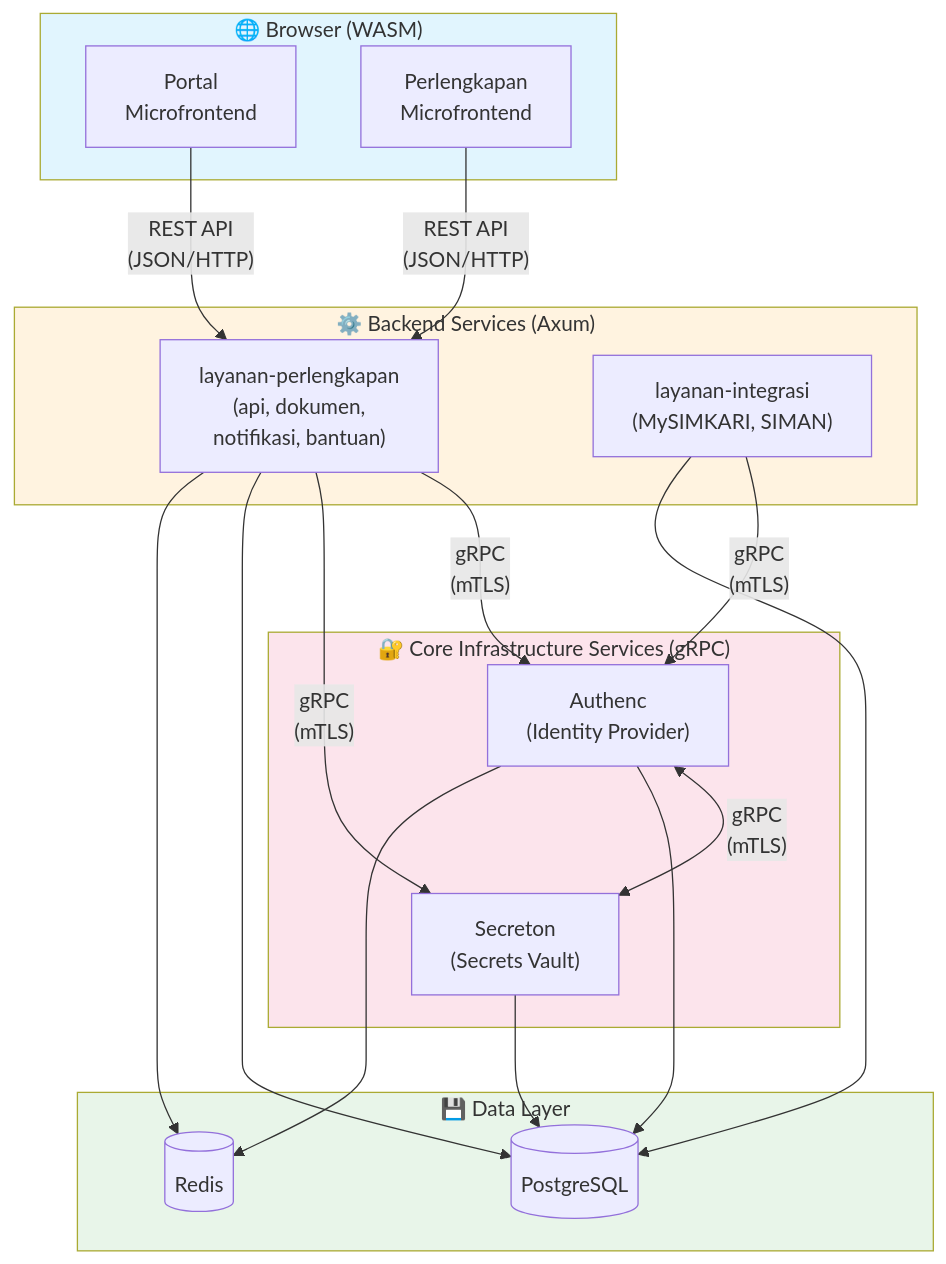
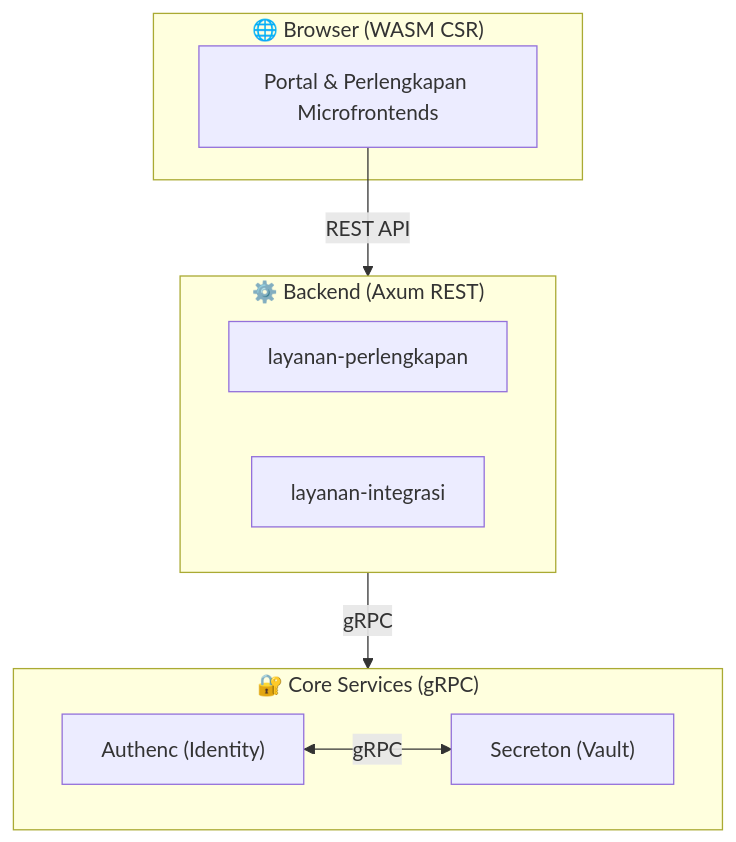
Before and after one commit to analisaperlengkapan/simpel2: the diagram in AGENTS.md, drawn with Mermaid. The commit also changed other lines of this file and 12 other files, not shown here.

First line of the commit message:
docs: optimize AGENTS.md architecture documentation

````diff
--- a/AGENTS.md
+++ b/AGENTS.md
@@ -62,47 +40,17 @@
 ```mermaid
 flowchart TB
-    subgraph Browser["🌐 Browser (WASM)"]
-        MF1["Portal<br/>Microfrontend"]
-        MF2["Perlengkapan<br/>Microfrontend"]
+    subgraph Browser["🌐 Browser (WASM CSR)"]
+        MF["Portal & Perlengkapan Microfrontends"]
     end
-
-    subgraph Backend["⚙️ Backend Services (Axum)"]
-        LP["layanan-perlengkapan<br/>(api, dokumen,<br/>notifikasi, bantuan)"]
-        LI["layanan-integrasi<br/>(MySIMKARI, SIMAN)"]
+    subgraph Backend["⚙️ Backend (Axum REST)"]
+        LP["layanan-perlengkapan"]
+        LI["layanan-integrasi"]
     end
-
-    subgraph CoreServices["🔐 Core Infrastructure Services (gRPC)"]
-        AUTH["Authenc<br/>(Identity Provider)"]
-        SEC["Secreton<br/>(Secrets Vault)"]
+    subgraph Core["🔐 Core Services (gRPC)"]
+        AUTH["Authenc (Identity)"]
+        SEC["Secreton (Vault)"]
     end
-
-    subgraph Data["💾 Data Layer"]
-        PG[(PostgreSQL)]
-        RD[(Redis)]
-    end
-
-    %% Browser to Backend: REST API only
-    MF1 -->|"REST API<br/>(JSON/HTTP)"| LP
-    MF2 -->|"REST API<br/>(JSON/HTTP)"| LP
-
-    %% Backend to Infrastructure: gRPC only
-    LP -->|"gRPC<br/>(mTLS)"| AUTH
-    LP -->|"gRPC<br/>(mTLS)"| SEC
-    LI -->|"gRPC<br/>(mTLS)"| AUTH
-
-    %% Infrastructure internal
-    AUTH <-->|"gRPC<br/>(mTLS)"| SEC
-
-    %% Data access
-    LP --> PG
-    LP --> RD
-    LI --> PG
-    AUTH --> PG
-    AUTH --> RD
-    SEC --> PG
-
-    style Browser fill:#e1f5fe
-    style Backend fill:#fff3e0
-    style CoreServices fill:#fce4ec
-    style Data fill:#e8f5e9
+    MF -->|"REST API"| Backend
+    Backend -->|"gRPC"| Core
+    AUTH <-->|"gRPC"| SEC
 ```
````
